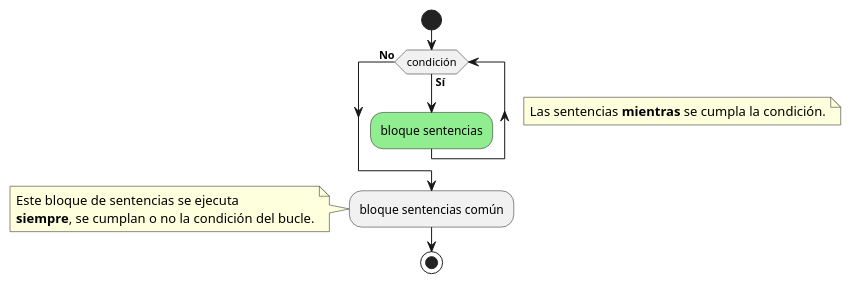
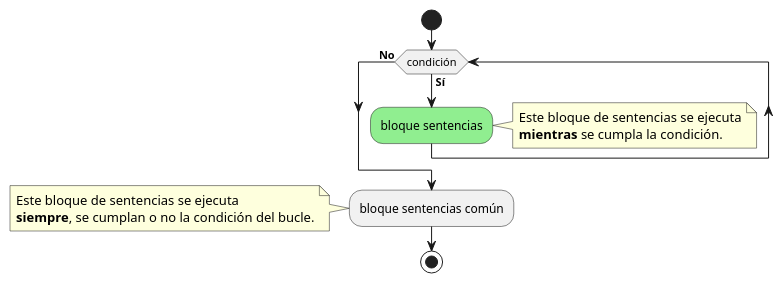
The fifth of 5 diagrams in UD6.md (javillegas2025/GBD), drawn with PlantUML before and after one commit. The commit also changed other lines of this file and 1 other file, not shown here.

````diff
--- a/UD6.md
+++ b/UD6.md
@@ -700,19 +700,19 @@
 ```puml {align="center", style="zoom:1"}
 @startuml
 start
 while (condición) is (**Sí**)
+#lightgreen:bloque sentencias;
 note right
-Las sentencias **mientras** se cumpla la condición.
+Este bloque de sentencias se ejecuta
+**mientras** se cumpla la condición.
 end note
-
-#lightgreen:bloque sentencias;
 endwhile (**No**)
 :bloque sentencias común;
 note
 Este bloque de sentencias se ejecuta
 **siempre**, se cumplan o no la condición del bucle.
 end note
 stop
 
 @enduml
 ```
````
